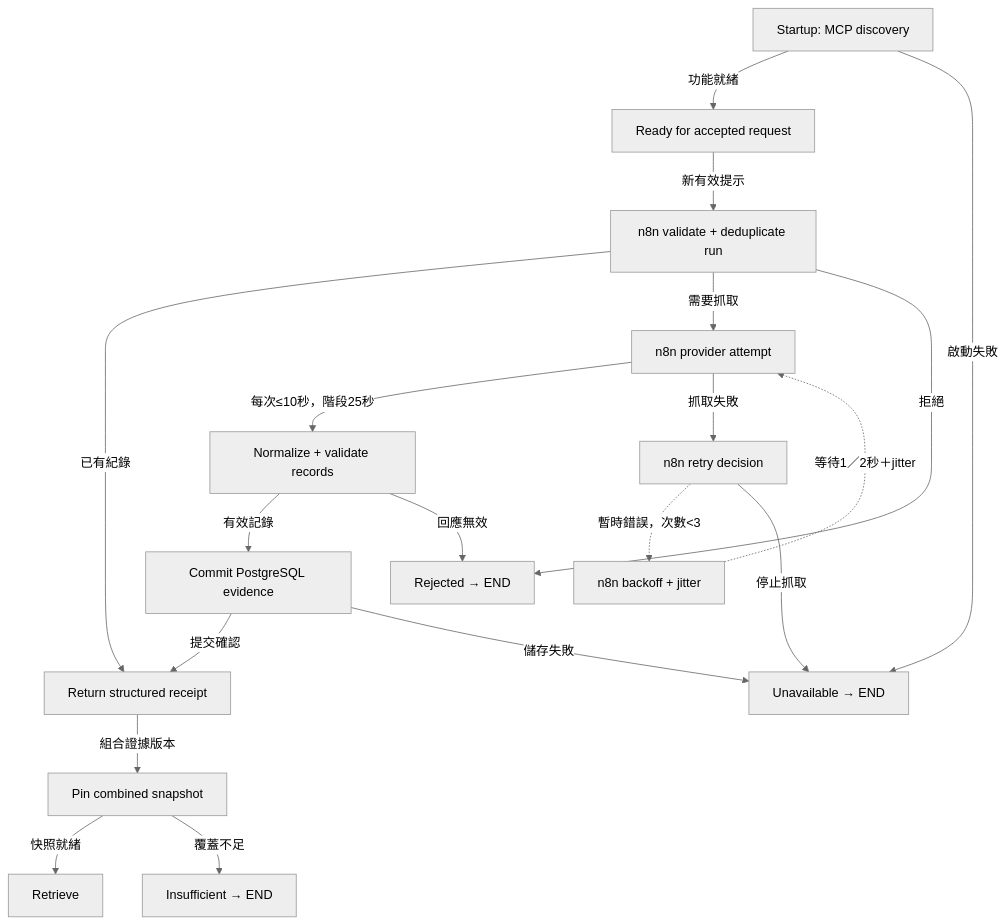
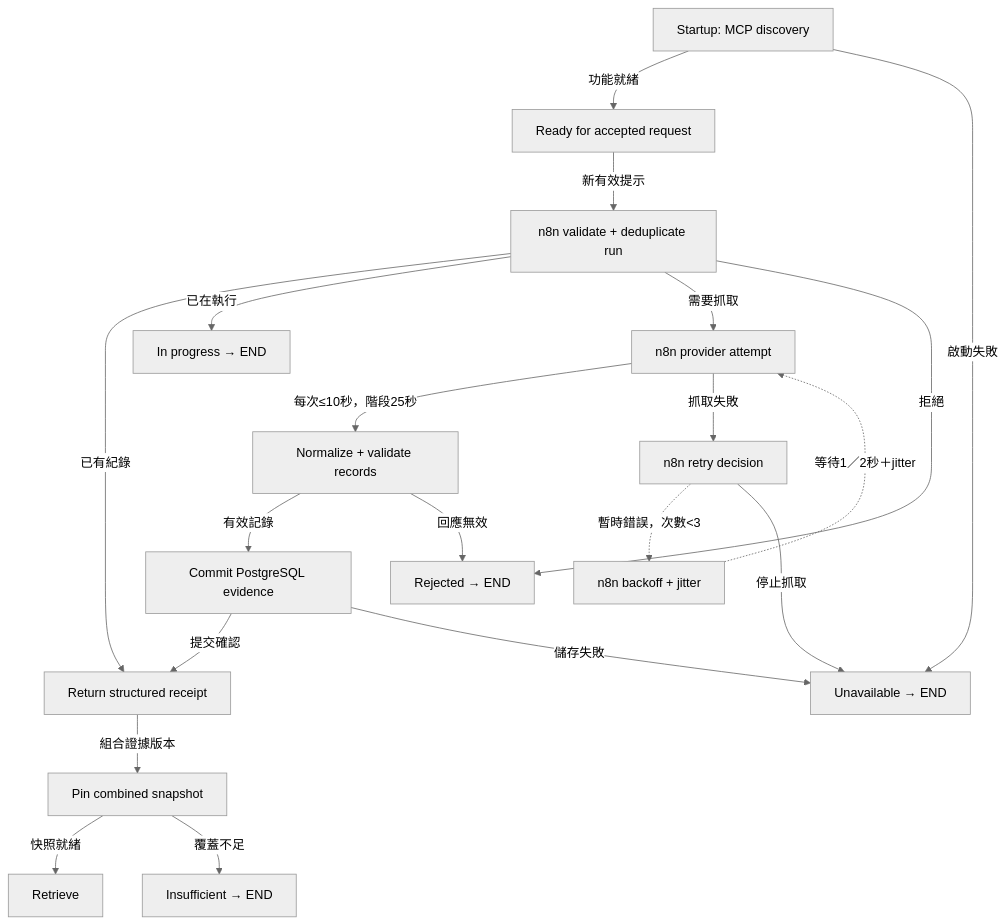
One commit to ByronHo68/ai-learning-academy changed the diagram in public/downloads/finance-diagrams/sources-zh.mmd. Above: the diagram before and after it, drawn with Mermaid (neutral theme). The commit also changed 32 other files, not shown here.

```diff
--- a/public/downloads/finance-diagrams/sources-zh.mmd
+++ b/public/downloads/finance-diagrams/sources-zh.mmd
@@ -1,33 +1,35 @@
 flowchart TD
   n0["Startup: MCP discovery"]
   n1["Ready for accepted request"]
   n2["Unavailable → END"]
   n3["n8n validate + deduplicate run"]
   n4["Return structured receipt"]
-  n5["n8n provider attempt"]
-  n6["Rejected → END"]
-  n7["Normalize + validate records"]
-  n8["n8n retry decision"]
-  n9["n8n backoff + jitter"]
-  n10["Commit PostgreSQL evidence"]
-  n11["Pin combined snapshot"]
-  n12["Retrieve"]
-  n13["Insufficient → END"]
+  n5["In progress → END"]
+  n6["n8n provider attempt"]
+  n7["Rejected → END"]
+  n8["Normalize + validate records"]
+  n9["n8n retry decision"]
+  n10["n8n backoff + jitter"]
+  n11["Commit PostgreSQL evidence"]
+  n12["Pin combined snapshot"]
+  n13["Retrieve"]
+  n14["Insufficient → END"]
   n0 -- "功能就緒" --> n1
   n0 -- "啟動失敗" --> n2
   n1 -- "新有效提示" --> n3
   n3 -- "已有紀錄" --> n4
-  n3 -- "需要抓取" --> n5
-  n3 -- "拒絕" --> n6
-  n5 -- "每次≤10秒，階段25秒" --> n7
-  n5 -- "抓取失敗" --> n8
-  n8 -. "暫時錯誤，次數<3" .-> n9
-  n9 -. "等待1／2秒＋jitter" .-> n5
-  n8 -- "停止抓取" --> n2
-  n7 -- "有效記錄" --> n10
-  n7 -- "回應無效" --> n6
-  n10 -- "提交確認" --> n4
-  n10 -- "儲存失敗" --> n2
-  n4 -- "組合證據版本" --> n11
-  n11 -- "快照就緒" --> n12
-  n11 -- "覆蓋不足" --> n13
+  n3 -- "已在執行" --> n5
+  n3 -- "需要抓取" --> n6
+  n3 -- "拒絕" --> n7
+  n6 -- "每次≤10秒，階段25秒" --> n8
+  n6 -- "抓取失敗" --> n9
+  n9 -. "暫時錯誤，次數<3" .-> n10
+  n10 -. "等待1／2秒＋jitter" .-> n6
+  n9 -- "停止抓取" --> n2
+  n8 -- "有效記錄" --> n11
+  n8 -- "回應無效" --> n7
+  n11 -- "提交確認" --> n4
+  n11 -- "儲存失敗" --> n2
+  n4 -- "組合證據版本" --> n12
+  n12 -- "快照就緒" --> n13
+  n12 -- "覆蓋不足" --> n14
```
